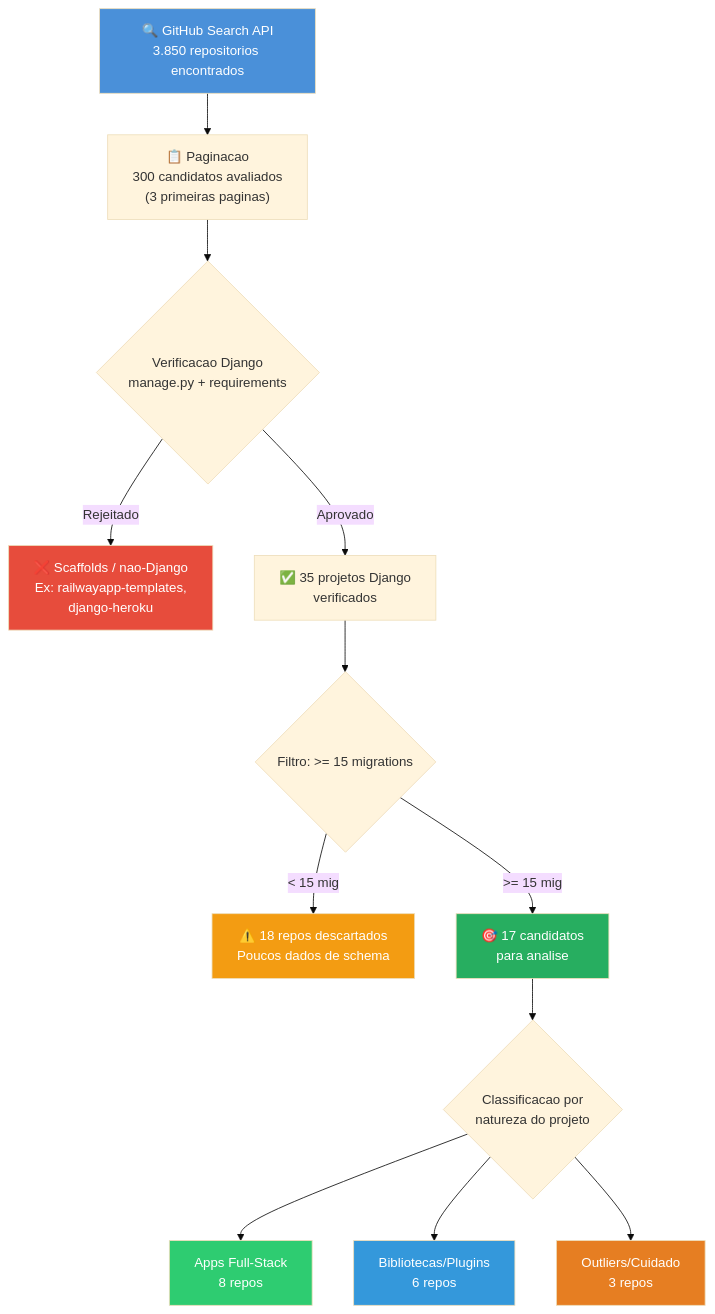
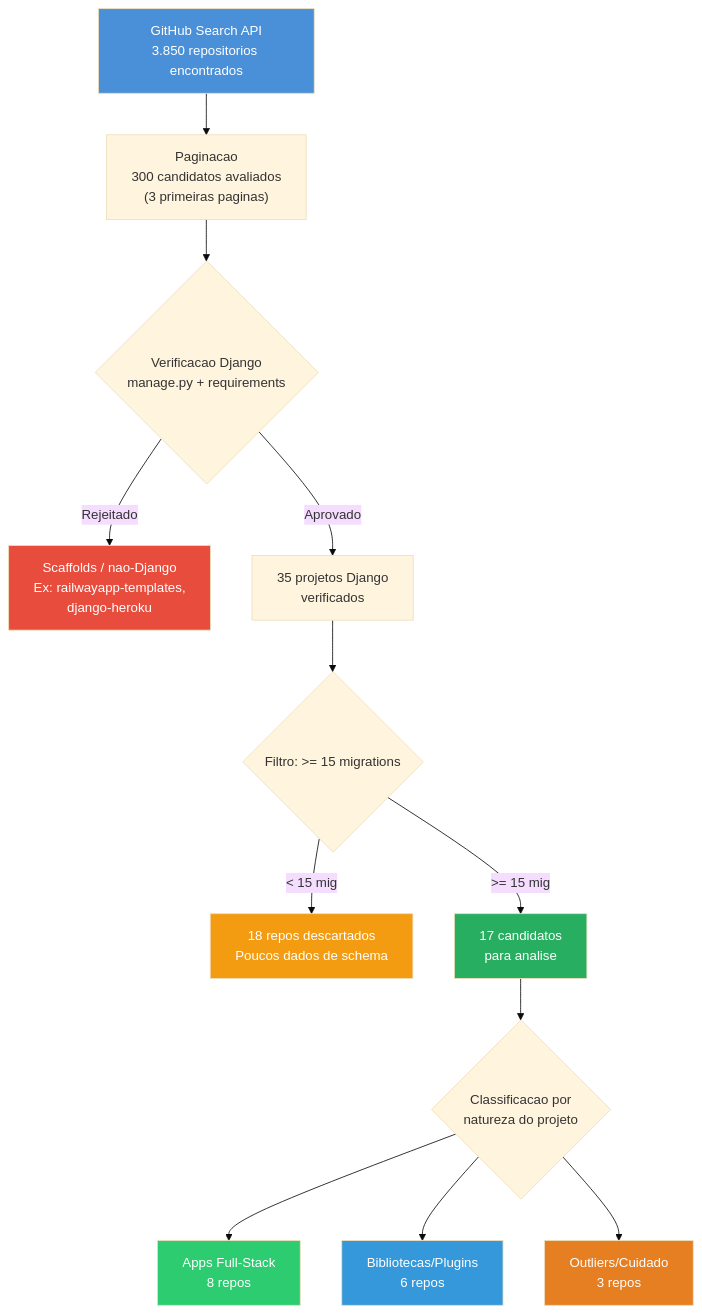
Before and after one commit to gabrielrochass/tcc-schema-code-evolution: the first of 7 diagrams in docs/06-selecao-corpus.md, drawn with Mermaid (base theme). The commit also changed other lines of this file and 3 other files, not shown here.

First line of the commit message:
docs: fill tema, add Mermaid diagrams, remove emojis

````diff
--- a/docs/06-selecao-corpus.md
+++ b/docs/06-selecao-corpus.md
@@ -14,22 +14,22 @@
 ```mermaid
 flowchart TD
-    A["🔍 GitHub Search API\n3.850 repositorios encontrados"] --> B["📋 Paginacao\n300 candidatos avaliados\n(3 primeiras paginas)"]
+    A["GitHub Search API\n3.850 repositorios encontrados"] --> B["Paginacao\n300 candidatos avaliados\n(3 primeiras paginas)"]
     B --> C{"Verificacao Django\nmanage.py + requirements"}
-    C -->|Rejeitado| D["❌ Scaffolds / nao-Django\nEx: railwayapp-templates,\ndjango-heroku"]
-    C -->|Aprovado| E["✅ 35 projetos Django\nverificados"]
+    C -->|Rejeitado| D["Scaffolds / nao-Django\nEx: railwayapp-templates,\ndjango-heroku"]
+    C -->|Aprovado| E["35 projetos Django\nverificados"]
     E --> F{"Filtro: >= 15 migrations"}
-    F -->|"< 15 mig"| G["⚠️ 18 repos descartados\nPoucos dados de schema"]
-    F -->|">= 15 mig"| H["🎯 17 candidatos\npara analise"]
+    F -->|"< 15 mig"| G["18 repos descartados\nPoucos dados de schema"]
+    F -->|">= 15 mig"| H["17 candidatos\npara analise"]
     H --> I{"Classificacao por\nnatureza do projeto"}
     I --> J["Apps Full-Stack\n8 repos"]
     I --> K["Bibliotecas/Plugins\n6 repos"]
     I --> L["Outliers/Cuidado\n3 repos"]
 
     style A fill:#4a90d9,color:#fff
     style H fill:#27ae60,color:#fff
     style D fill:#e74c3c,color:#fff
     style G fill:#f39c12,color:#fff
     style J fill:#2ecc71,color:#fff
     style K fill:#3498db,color:#fff
     style L fill:#e67e22,color:#fff
 ```
````
